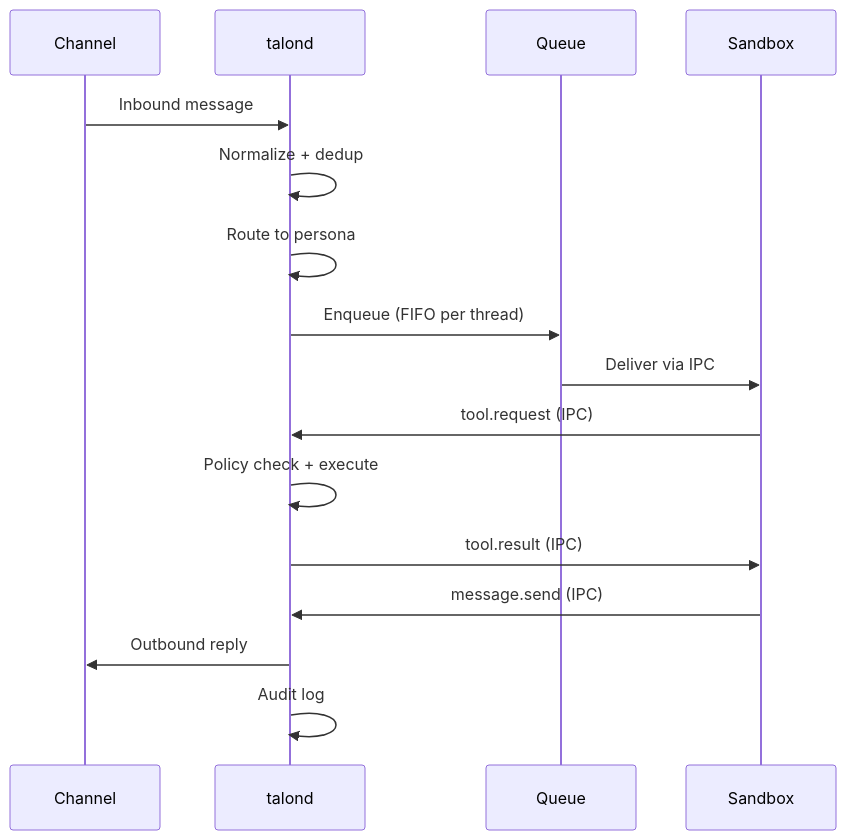
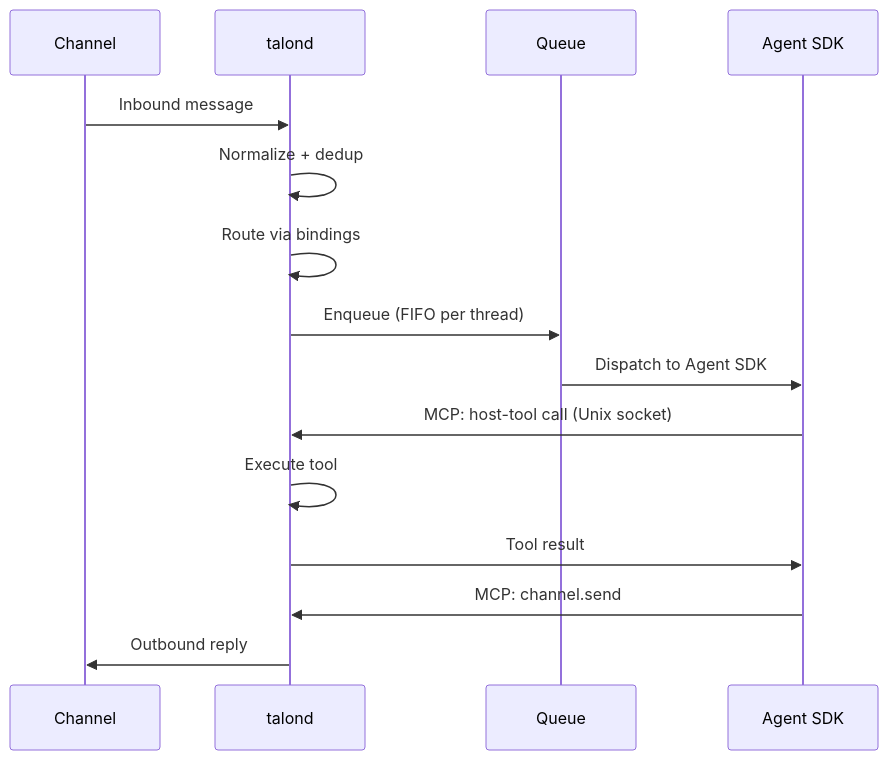
Before and after one commit to Haasie/talon: the second of 5 diagrams in README.md, drawn with Mermaid. The commit also changed other lines of this file, not shown here.

First line of the commit message:
docs: rewrite README to reflect current Agent SDK architecture

````diff
--- a/README.md
+++ b/README.md
@@ -111,19 +108,18 @@
 ```mermaid
 sequenceDiagram
     participant Ch as Channel
     participant D as talond
     participant Q as Queue
-    participant Sb as Sandbox
+    participant A as Agent SDK
 
     Ch->>D: Inbound message
     D->>D: Normalize + dedup
-    D->>D: Route to persona
+    D->>D: Route via bindings
     D->>Q: Enqueue (FIFO per thread)
-    Q->>Sb: Deliver via IPC
-    Sb->>D: tool.request (IPC)
-    D->>D: Policy check + execute
-    D->>Sb: tool.result (IPC)
-    Sb->>D: message.send (IPC)
+    Q->>A: Dispatch to Agent SDK
+    A->>D: MCP: host-tool call (Unix socket)
+    D->>D: Execute tool
+    D->>A: Tool result
+    A->>D: MCP: channel.send
     D->>Ch: Outbound reply
-    D->>D: Audit log
 ```
````
